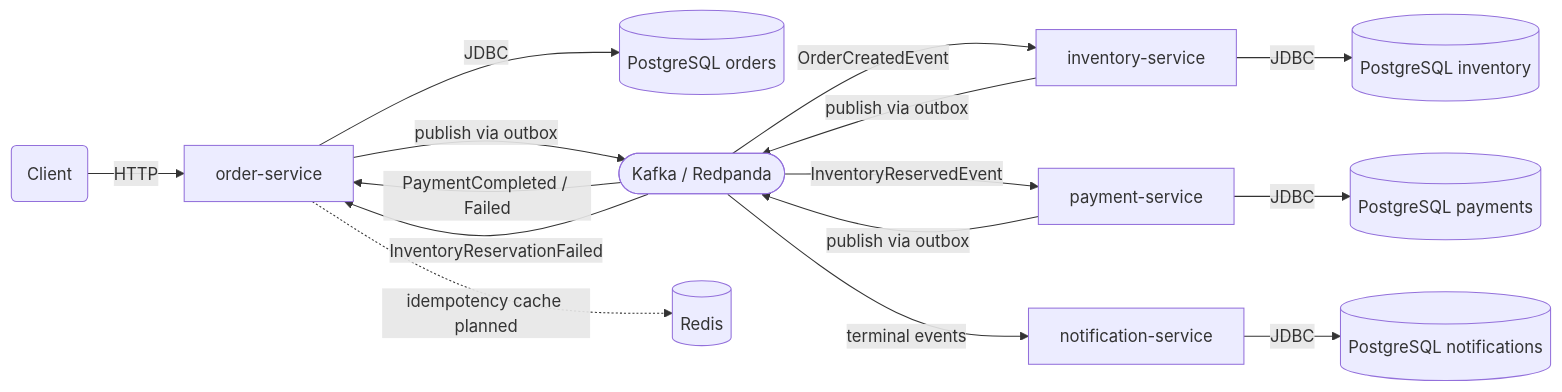
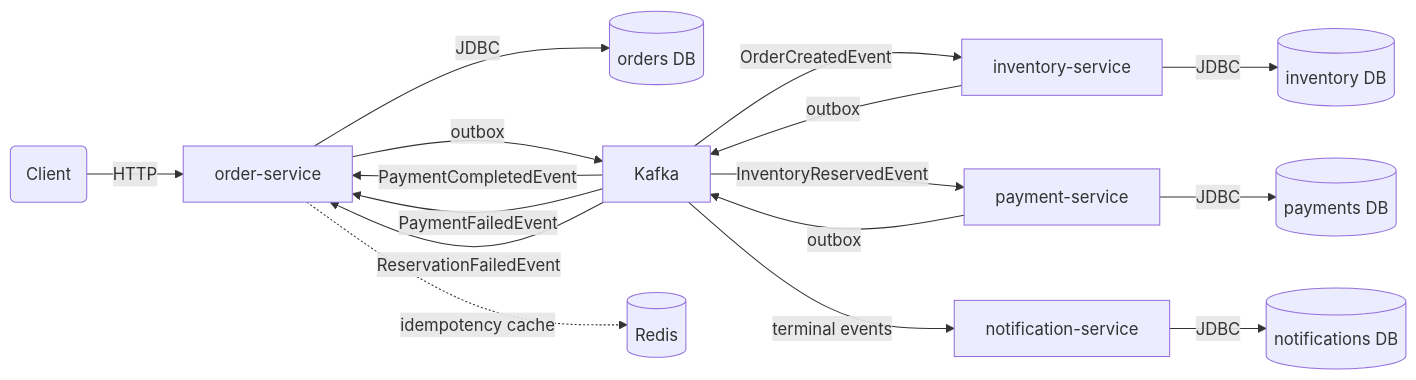
Before and after one commit to nazilagolchin/order-management-platform: the first of 2 diagrams in README.md, drawn with Mermaid.

Commit message:
Simplify Mermaid flowchart to avoid GitHub parser errors
Remove forward slashes from all labels (GitHub Mermaid treats / as
parallelogram-shape syntax), replace the unsupported stadium shape
([...]) with a plain rectangle for the Kafka bus, and shorten edge
labels to single-word identifiers.

````diff
--- a/README.md
+++ b/README.md
@@ -52,23 +52,24 @@
 ```mermaid
 flowchart LR
     Client(Client) -->|HTTP| OrderService[order-service]
 
-    OrderService -->|JDBC| OrderDB[(PostgreSQL orders)]
-    OrderService -->|publish via outbox| Bus([Kafka / Redpanda])
+    OrderService -->|JDBC| OrderDB[(orders DB)]
+    OrderService -->|outbox| Bus[Kafka]
 
     Bus -->|OrderCreatedEvent| InventoryService[inventory-service]
-    InventoryService -->|JDBC| InventoryDB[(PostgreSQL inventory)]
-    InventoryService -->|publish via outbox| Bus
+    InventoryService -->|JDBC| InventoryDB[(inventory DB)]
+    InventoryService -->|outbox| Bus
 
     Bus -->|InventoryReservedEvent| PaymentService[payment-service]
-    PaymentService -->|JDBC| PaymentDB[(PostgreSQL payments)]
-    PaymentService -->|publish via outbox| Bus
+    PaymentService -->|JDBC| PaymentDB[(payments DB)]
+    PaymentService -->|outbox| Bus
 
-    Bus -->|PaymentCompleted / Failed| OrderService
-    Bus -->|InventoryReservationFailed| OrderService
+    Bus -->|PaymentCompletedEvent| OrderService
+    Bus -->|PaymentFailedEvent| OrderService
+    Bus -->|ReservationFailedEvent| OrderService
 
     Bus -->|terminal events| NotificationService[notification-service]
-    NotificationService -->|JDBC| NotificationDB[(PostgreSQL notifications)]
+    NotificationService -->|JDBC| NotificationDB[(notifications DB)]
 
-    OrderService -.->|idempotency cache planned| Redis[(Redis)]
+    OrderService -.->|idempotency cache| Redis[(Redis)]
 ```
````
